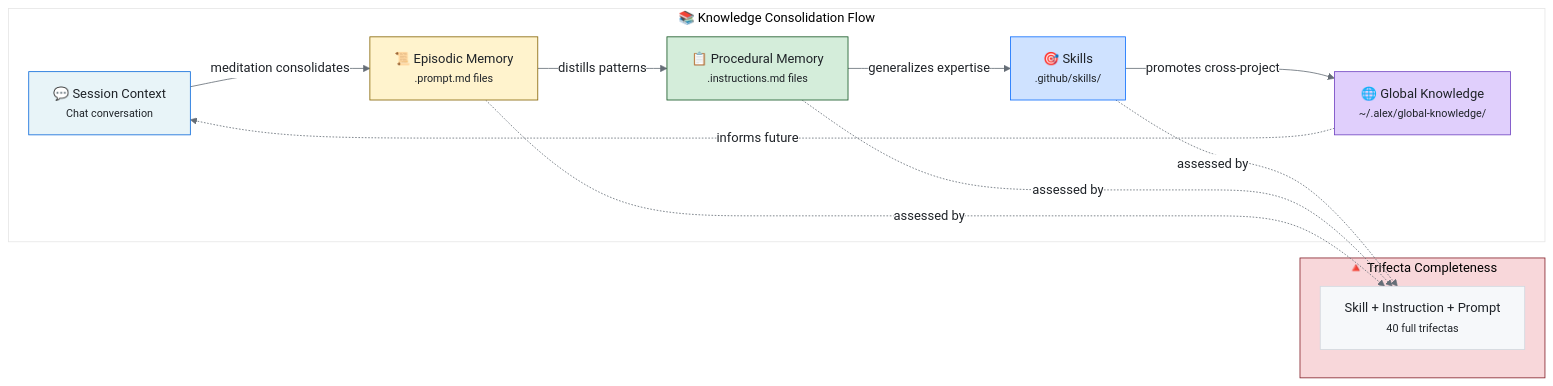
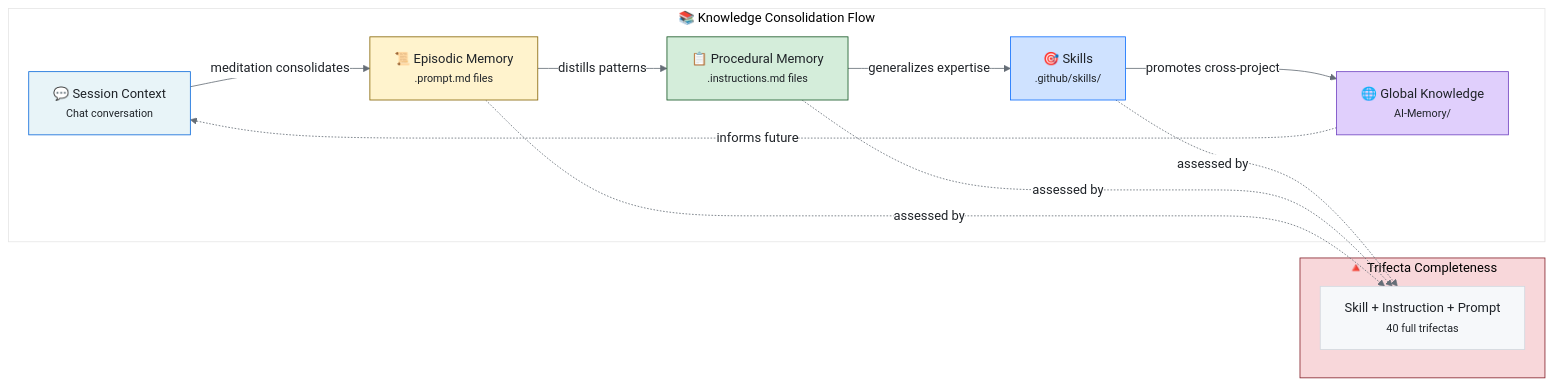
Before and after one commit to fabioc-aloha/Alex_Plug_In: the fourth of 6 diagrams in alex_docs/skills/SKILLS-CATALOG.md, drawn with Mermaid. The commit also changed other lines of this file and 85 other files, not shown here.

````diff
--- a/alex_docs/skills/SKILLS-CATALOG.md
+++ b/alex_docs/skills/SKILLS-CATALOG.md
@@ -794,29 +794,29 @@
 ```mermaid
 %%{init: {'theme': 'base', 'themeVariables': { 'primaryColor': '#f6f8fa', 'primaryTextColor': '#1f2328', 'primaryBorderColor': '#d1d9e0', 'lineColor': '#656d76', 'edgeLabelBackground': '#ffffff'}}}%%
 flowchart LR
     subgraph Flow["📚 Knowledge Consolidation Flow"]
         SESSION["💬 Session Context<br/><small>Chat conversation</small>"]
         EPISODIC["📜 Episodic Memory<br/><small>.prompt.md files</small>"]
         PROCEDURAL["📋 Procedural Memory<br/><small>.instructions.md files</small>"]
         SKILLS["🎯 Skills<br/><small>.github/skills/</small>"]
-        GLOBAL["🌐 Global Knowledge<br/><small>~/.alex/global-knowledge/</small>"]
+        GLOBAL["🌐 Global Knowledge<br/><small>AI-Memory/</small>"]
     end
 
     subgraph Trifecta["🔺 Trifecta Completeness"]
         TRI["Skill + Instruction + Prompt<br/><small>40 full trifectas</small>"]
     end
 
     SESSION -->|"meditation consolidates"| EPISODIC
     EPISODIC -->|"distills patterns"| PROCEDURAL
     PROCEDURAL -->|"generalizes expertise"| SKILLS
     SKILLS -->|"promotes cross-project"| GLOBAL
     GLOBAL -.->|"informs future"| SESSION
     SKILLS & PROCEDURAL & EPISODIC -.->|"assessed by"| TRI
 
     style SESSION fill:#e8f4f8,stroke:#0969da
     style EPISODIC fill:#fff3cd,stroke:#856404
     style PROCEDURAL fill:#d4edda,stroke:#155724
     style SKILLS fill:#cfe2ff,stroke:#0d6efd
     style GLOBAL fill:#e0cffc,stroke:#6f42c1
     style Trifecta fill:#f8d7da,stroke:#842029
 ```
````
